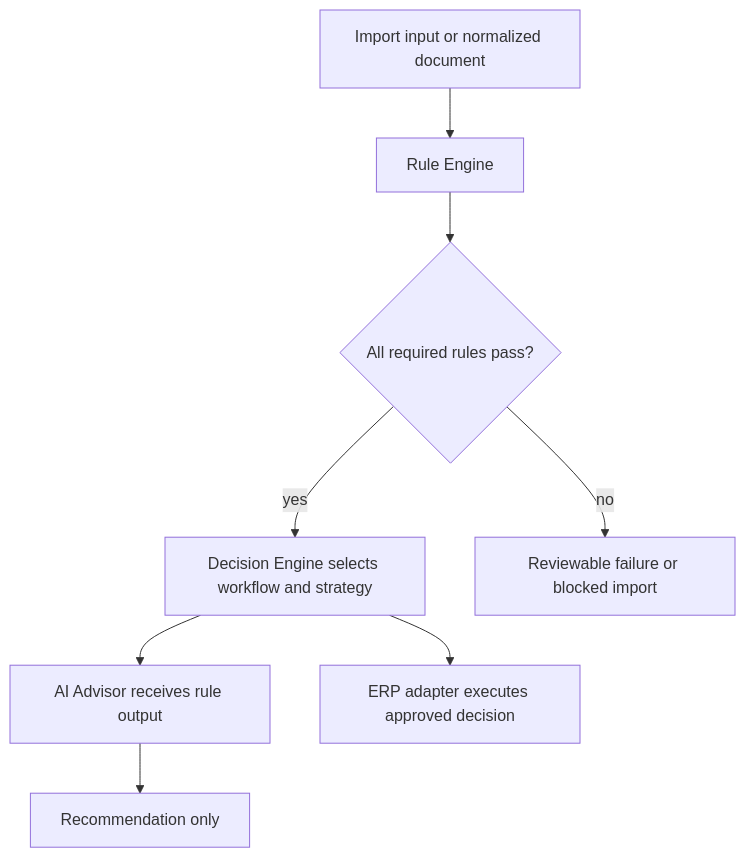
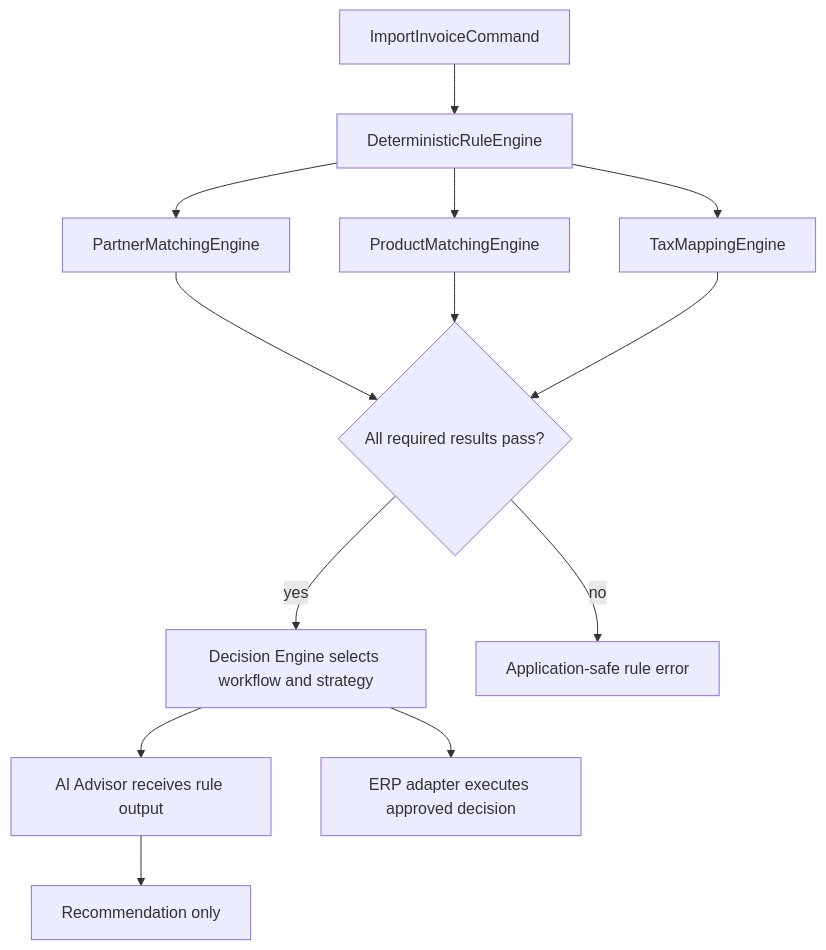
One commit to odurmazoglu/ict-integration-hub changed the first of 2 diagrams in docs/RULE_ENGINE.md. Above: the diagram before and after it, drawn with Mermaid. The commit also changed other lines of this file and 11 other files, not shown here.

Commit message:
Add deterministic rule engine

````diff
--- a/docs/RULE_ENGINE.md
+++ b/docs/RULE_ENGINE.md
@@ -36,10 +81,15 @@
 ```mermaid
 flowchart TB
-    Input[Import input or normalized document] --> Rules[Rule Engine]
-    Rules --> Valid{All required rules pass?}
+    Input[ImportInvoiceCommand] --> Rules[DeterministicRuleEngine]
+    Rules --> Partner[PartnerMatchingEngine]
+    Rules --> Product[ProductMatchingEngine]
+    Rules --> Tax[TaxMappingEngine]
+    Partner --> Valid{All required results pass?}
+    Product --> Valid
+    Tax --> Valid
     Valid -->|yes| Decision[Decision Engine selects workflow and strategy]
-    Valid -->|no| Review[Reviewable failure or blocked import]
+    Valid -->|no| Failure[Application-safe rule error]
     Decision --> Advisor[AI Advisor receives rule output]
     Advisor --> Recommendation[Recommendation only]
     Decision --> Execution[ERP adapter executes approved decision]
 ```
````
